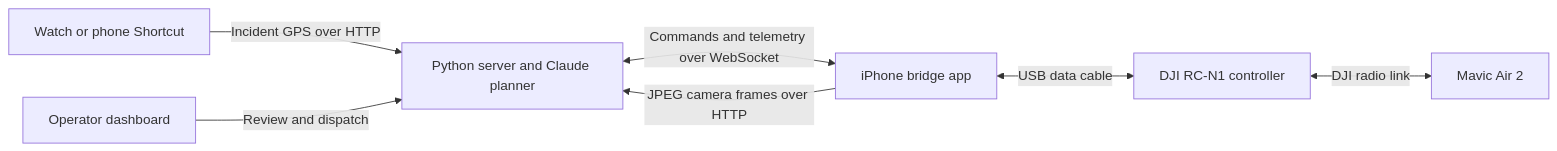
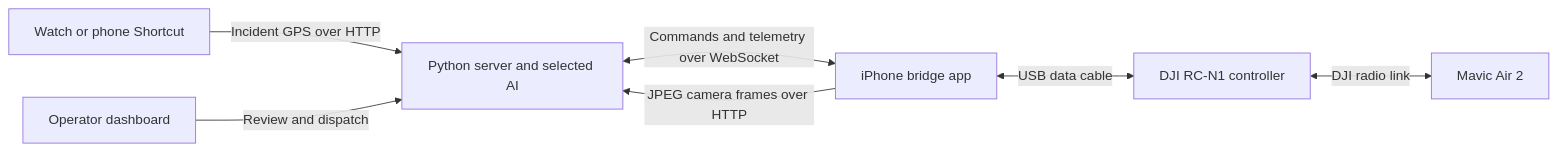
The diagram in README.md (tjgarcia0427/Hackathon-Drone-Project), drawn with Mermaid before and after one commit. The commit also changed other lines of this file and 17 other files, not shown here.

````diff
--- a/README.md
+++ b/README.md
@@ -11,9 +11,9 @@
 ```mermaid
 flowchart LR
-    W[Watch or phone Shortcut] -->|Incident GPS over HTTP| S[Python server and Claude planner]
+    W[Watch or phone Shortcut] -->|Incident GPS over HTTP| S[Python server and selected AI]
     D[Operator dashboard] -->|Review and dispatch| S
     S <-->|Commands and telemetry over WebSocket| I[iPhone bridge app]
     I -->|JPEG camera frames over HTTP| S
     I <-->|USB data cable| R[DJI RC-N1 controller]
     R <-->|DJI radio link| A[Mavic Air 2]
 ```
````
